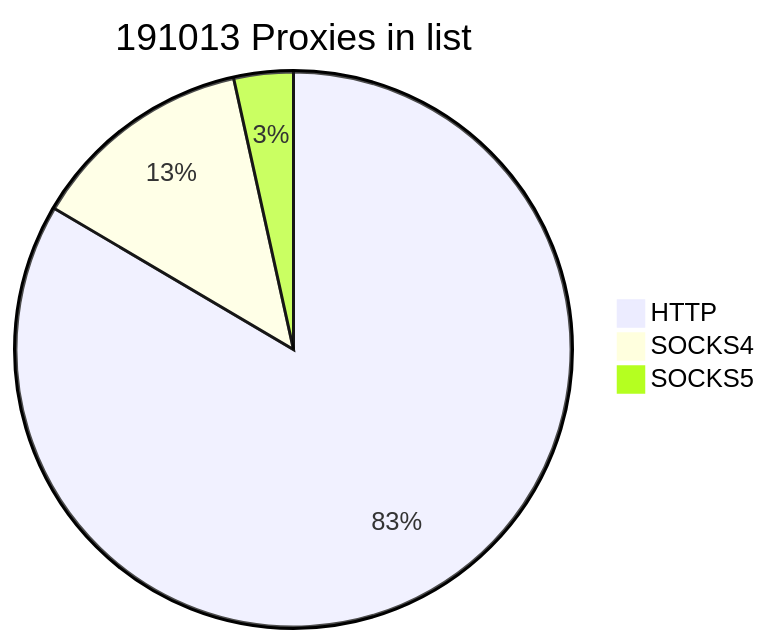
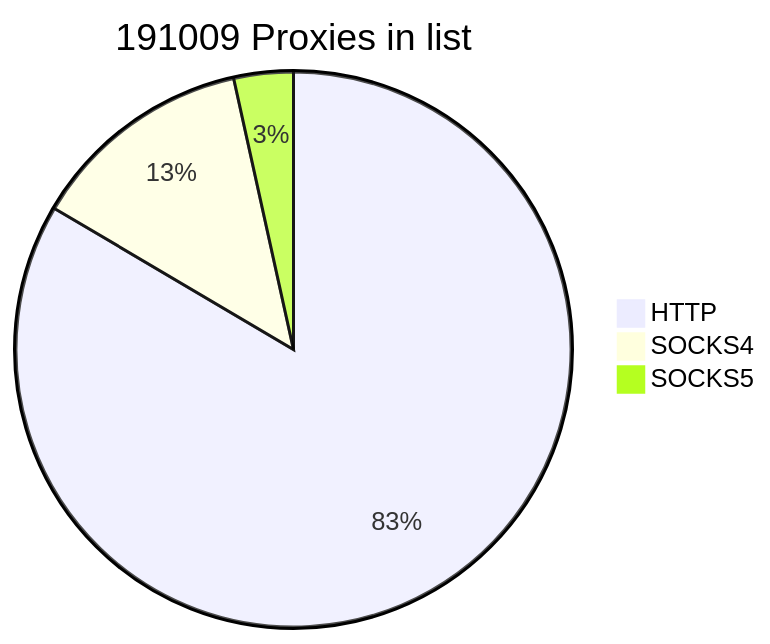
One commit to cutipu/proxylist changed the first of 2 diagrams in README.md. Above: the diagram before and after it, drawn with Mermaid. The commit also changed other lines of this file, not shown here.

````diff
--- a/README.md
+++ b/README.md
@@ -2,7 +2,7 @@
 ```mermaid
-pie title 191013 Proxies in list
-    "HTTP" : 159466
-    "SOCKS4" : 24943
+pie title 191009 Proxies in list
+    "HTTP" : 159467
+    "SOCKS4" : 24938
     "SOCKS5" : 6604
             
 ```
````
